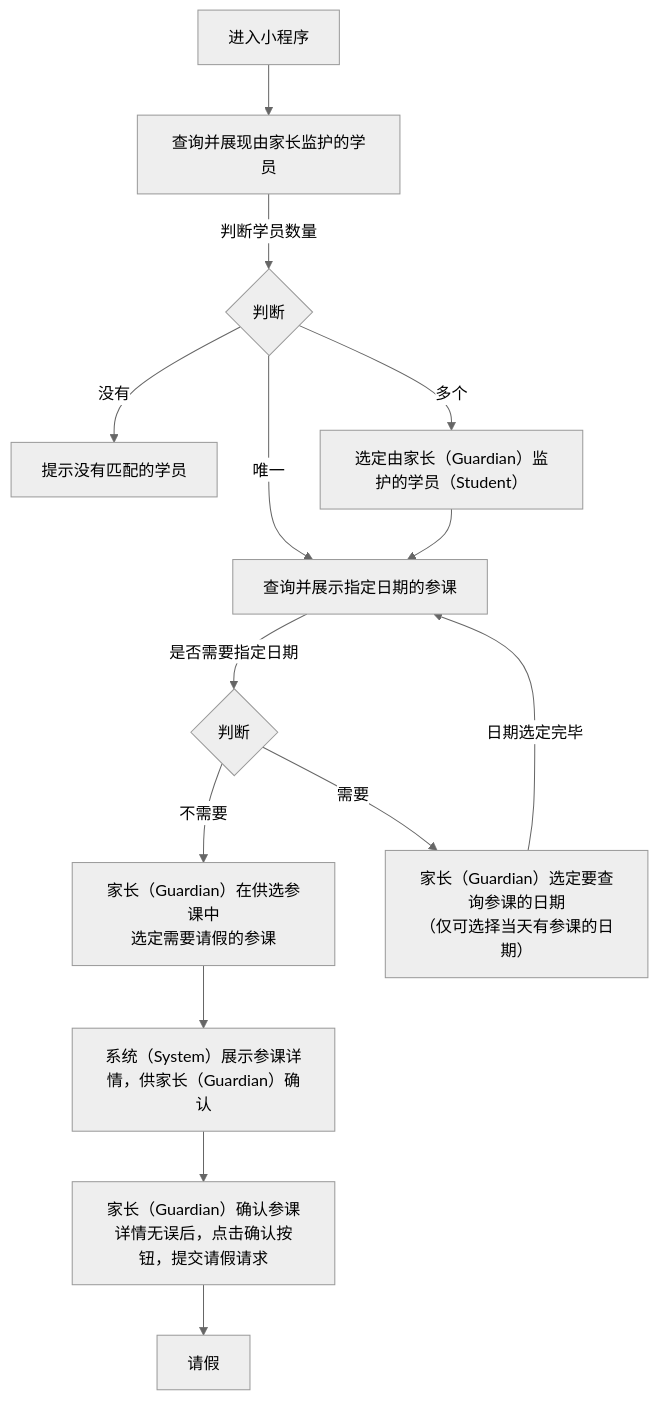
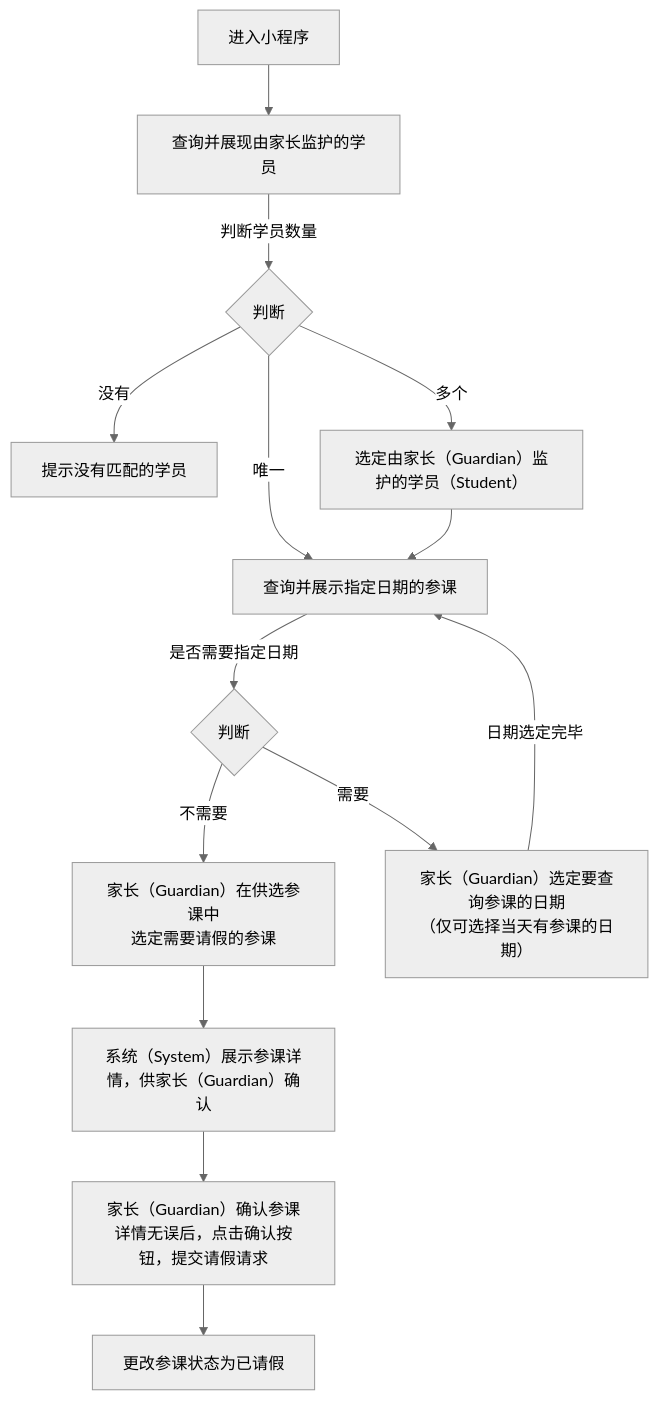
Before and after one commit to world-wide-web/sign: the diagram in 用例/请假.md, drawn with Mermaid (neutral theme). The commit also changed other lines of this file, not shown here.

````diff
--- a/用例/请假.md
+++ b/用例/请假.md
@@ -7,46 +7,46 @@
 ```mermaid
 graph TD
 
 进入小程序-->查询并展现由家长监护的学员
 
 查询并展现由家长监护的学员--判断学员数量-->判断学员数量
 
 判断学员数量--没有-->提示没有匹配的学员
 
 判断学员数量--唯一-->查询并展示指定日期的参课
 
 判断学员数量--多个-->选定学员
 
 选定学员-->查询并展示指定日期的参课
 
 查询并展示指定日期的参课--是否需要指定日期-->决定是否需要指定日期
 
 决定是否需要指定日期--不需要-->选定参课
 
 决定是否需要指定日期--需要-->选定日期
 
 选定日期--日期选定完毕-->查询并展示指定日期的参课
 
 选定参课-->展示参课详情
 
 展示参课详情-->提交请假请求
 
-提交请假请求-->请假
+提交请假请求-->更改参课状态为已请假
 
 判断学员数量{"<center>判断</center>"}
 
 选定学员["<center>选定由家长（Guardian）监护的学员（Student）</center>"]
 
 决定是否需要指定日期{"<center>判断</center>"}
 
 选定日期["<center>家长（Guardian）选定要查询参课的日期<br>（仅可选择当天有参课的日期）</center>"]
 
 选定参课["<center>家长（Guardian）在供选参课中<br>选定需要请假的参课</center>"]
 
 展示参课详情["<center>系统（System）展示参课详情，供家长（Guardian）确认</center>"]
 
 提交请假请求["<center>家长（Guardian）确认参课详情无误后，点击确认按钮，提交请假请求</center>"]
 
 
 
 ```
````
